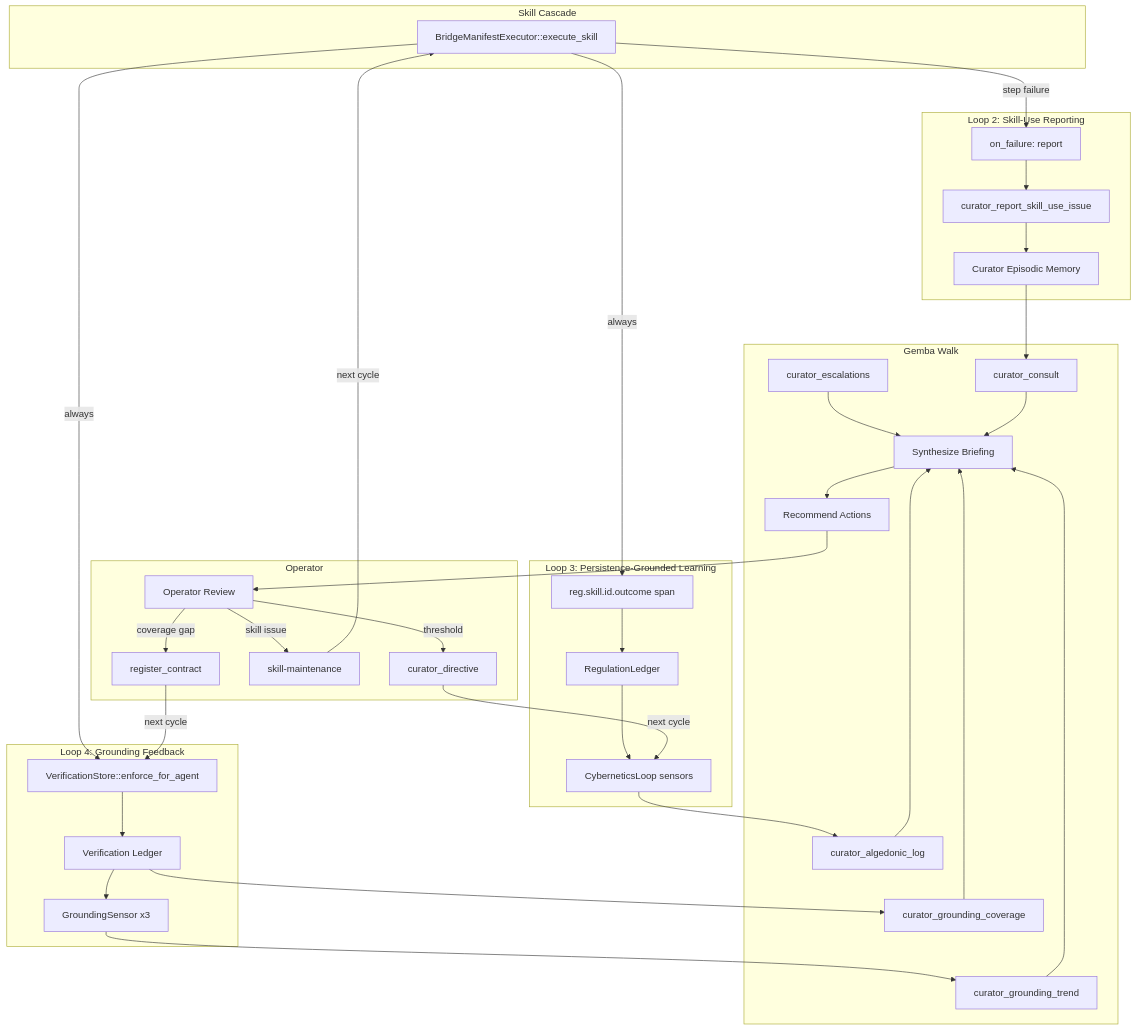
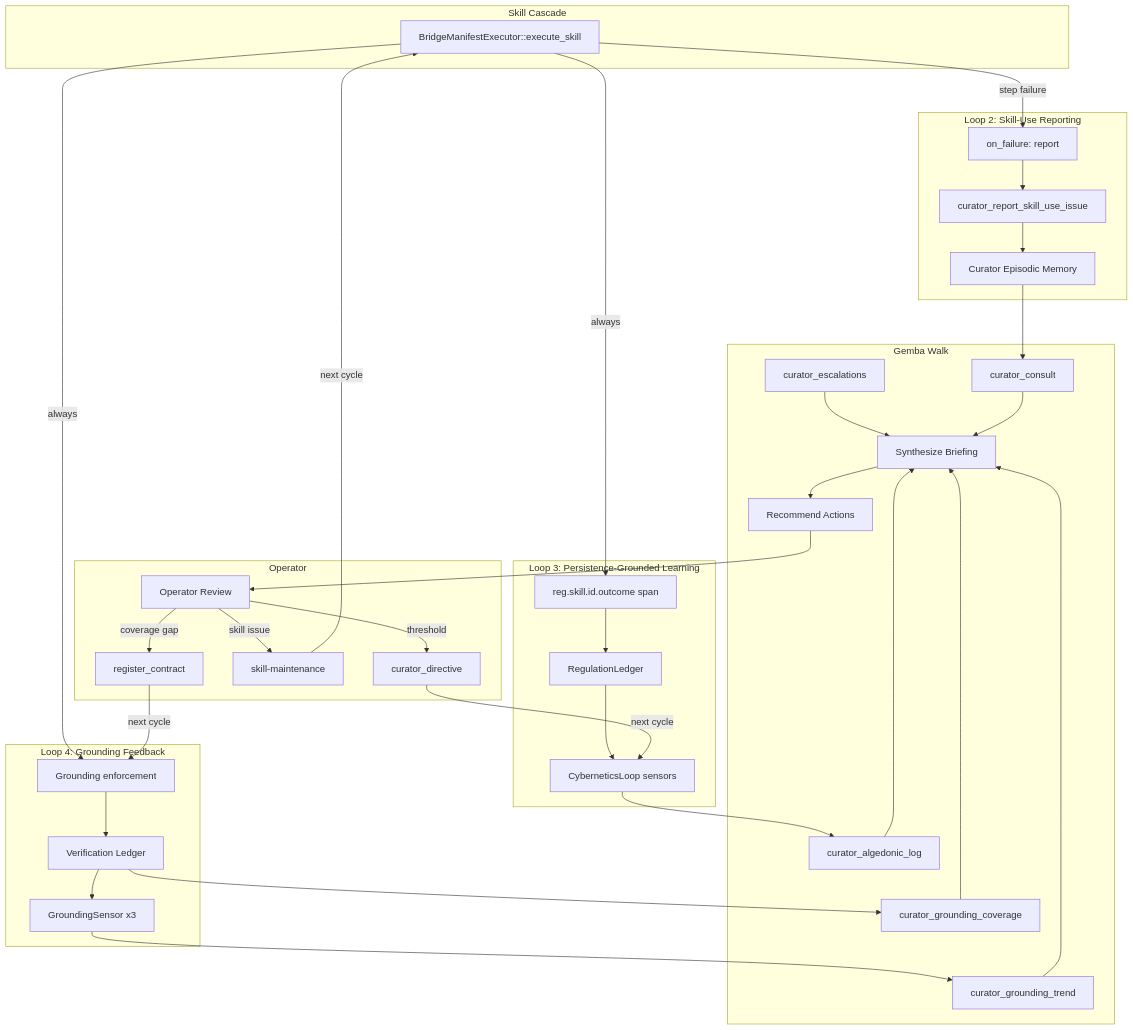
The diagram in kask/docs/plans/skill-mcp-coevolution.md (mdz-axo/zed-kask), drawn with Mermaid before and after one commit. The commit also changed other lines of this file and 60 other files, not shown here.

````diff
--- a/kask/docs/plans/skill-mcp-coevolution.md
+++ b/kask/docs/plans/skill-mcp-coevolution.md
@@ -219,75 +207,75 @@
 ```mermaid
 graph TD
     subgraph "Skill Cascade"
         SC[BridgeManifestExecutor::execute_skill]
     end
 
     subgraph "Loop 2: Skill-Use Reporting"
         OF[on_failure: report]
         CRSI[curator_report_skill_use_issue]
         CM[Curator Episodic Memory]
     end
 
     subgraph "Loop 3: Persistence-Grounded Learning"
         RS[reg.skill.id.outcome span]
         RL[RegulationLedger]
         CLS[CyberneticsLoop sensors]
     end
 
     subgraph "Loop 4: Grounding Feedback"
-        EFA[VerificationStore::enforce_for_agent]
+        EFA[Grounding enforcement]
         VL[Verification Ledger]
         GS[GroundingSensor x3]
     end
 
     subgraph "Gemba Walk"
         CA[curator_algedonic_log]
         CE[curator_escalations]
         CC[curator_consult]
         CGT[curator_grounding_trend]
         CGC[curator_grounding_coverage]
         SB[Synthesize Briefing]
         RA[Recommend Actions]
     end
 
     subgraph "Operator"
         OP[Operator Review]
         RC[register_contract]
         SM[skill-maintenance]
         CD[curator_directive]
     end
 
     SC -->|step failure| OF
     OF --> CRSI
     CRSI --> CM
 
     SC -->|always| RS
     RS --> RL
     RL --> CLS
 
     SC -->|always| EFA
     EFA --> VL
     VL --> GS
 
     CM --> CC
     CLS --> CA
     GS --> CGT
     VL --> CGC
 
     CA --> SB
     CE --> SB
     CC --> SB
     CGT --> SB
     CGC --> SB
 
     SB --> RA
     RA --> OP
 
     OP -->|coverage gap| RC
     OP -->|skill issue| SM
     OP -->|threshold| CD
 
     RC -->|next cycle| EFA
     SM -->|next cycle| SC
     CD -->|next cycle| CLS
 ```
````
